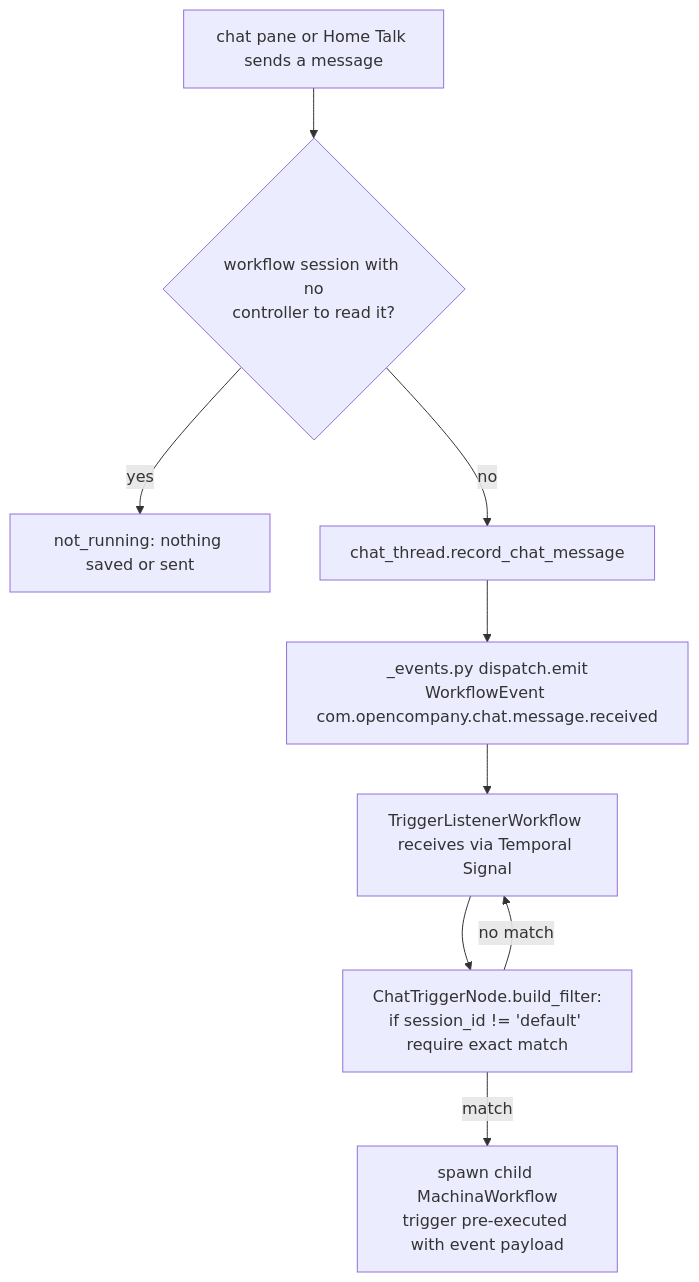
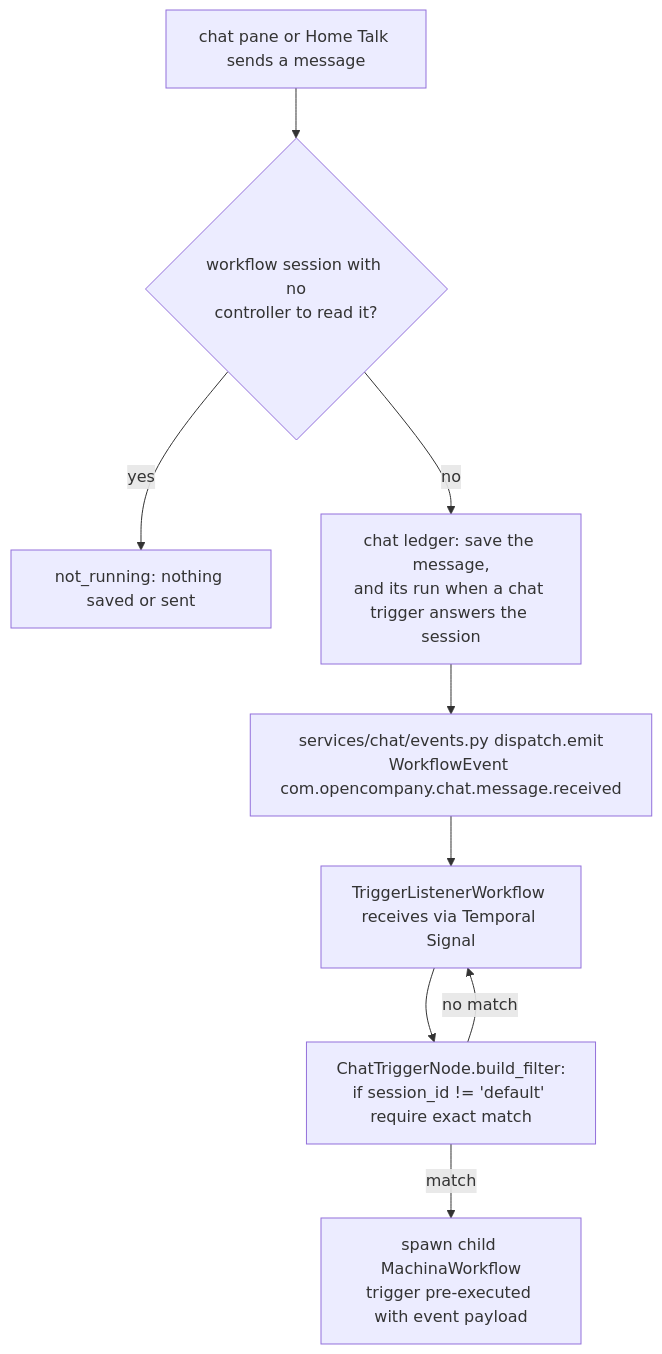
Before and after one commit to agent-memory-atlas-archive/zeenie-ai--OpenCompany: the diagram in docs-internal/node-logic-flows/workflow_triggers/chatTrigger.md, drawn with Mermaid. The commit also changed other lines of this file and 44 other files, not shown here.

````diff
--- a/docs-internal/node-logic-flows/workflow_triggers/chatTrigger.md
+++ b/docs-internal/node-logic-flows/workflow_triggers/chatTrigger.md
@@ -70,11 +77,11 @@
 ```mermaid
 flowchart TD
   P[chat pane or Home Talk sends a message] --> V{workflow session with no<br/>controller to read it?}
   V -- yes --> X[not_running: nothing saved or sent]
-  V -- no --> W[chat_thread.record_chat_message]
-  W --> Q[_events.py dispatch.emit<br/>WorkflowEvent com.opencompany.chat.message.received]
+  V -- no --> W[chat ledger: save the message,<br/>and its run when a chat trigger answers the session]
+  W --> Q[services/chat/events.py dispatch.emit<br/>WorkflowEvent com.opencompany.chat.message.received]
   Q --> R[TriggerListenerWorkflow receives via Temporal Signal]
   R --> S[ChatTriggerNode.build_filter:<br/>if session_id != 'default' require exact match]
   S -- match --> T[spawn child MachinaWorkflow<br/>trigger pre-executed with event payload]
   S -- no match --> R
 ```
````
